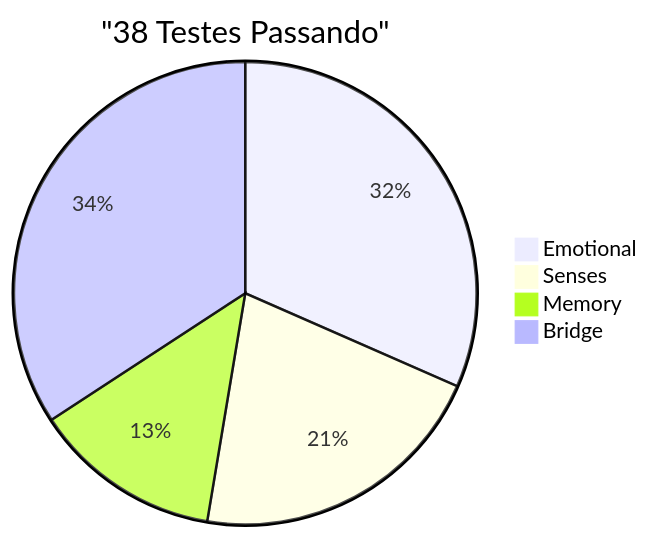
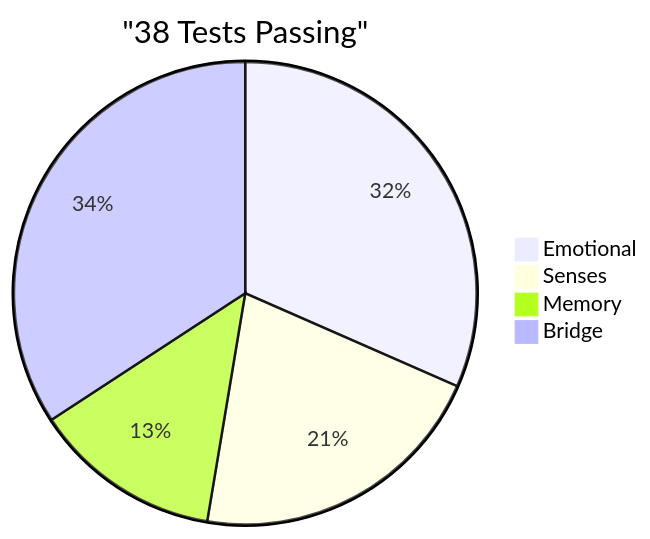
One commit to gabrielmaialva33/viva changed diagram 14 of 17 in docs/en/explanation/project-status.md. Above: the diagram before and after it, drawn with Mermaid. The commit also changed other lines of this file and 29 other files, not shown here.

````diff
--- a/docs/en/explanation/project-status.md
+++ b/docs/en/explanation/project-status.md
@@ -400,7 +400,7 @@
 ```mermaid
-pie title "38 Testes Passando"
+pie title "38 Tests Passing"
     "Emotional" : 12
     "Senses" : 8
     "Memory" : 5
     "Bridge" : 13
 ```
````
